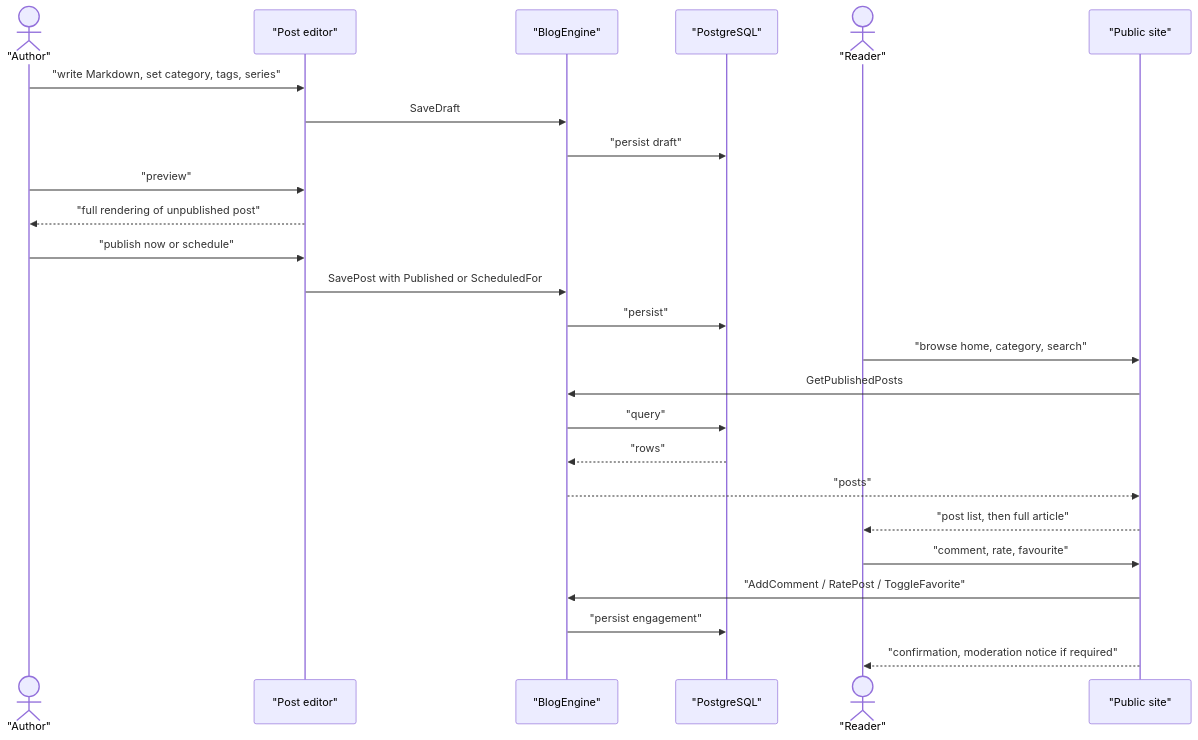
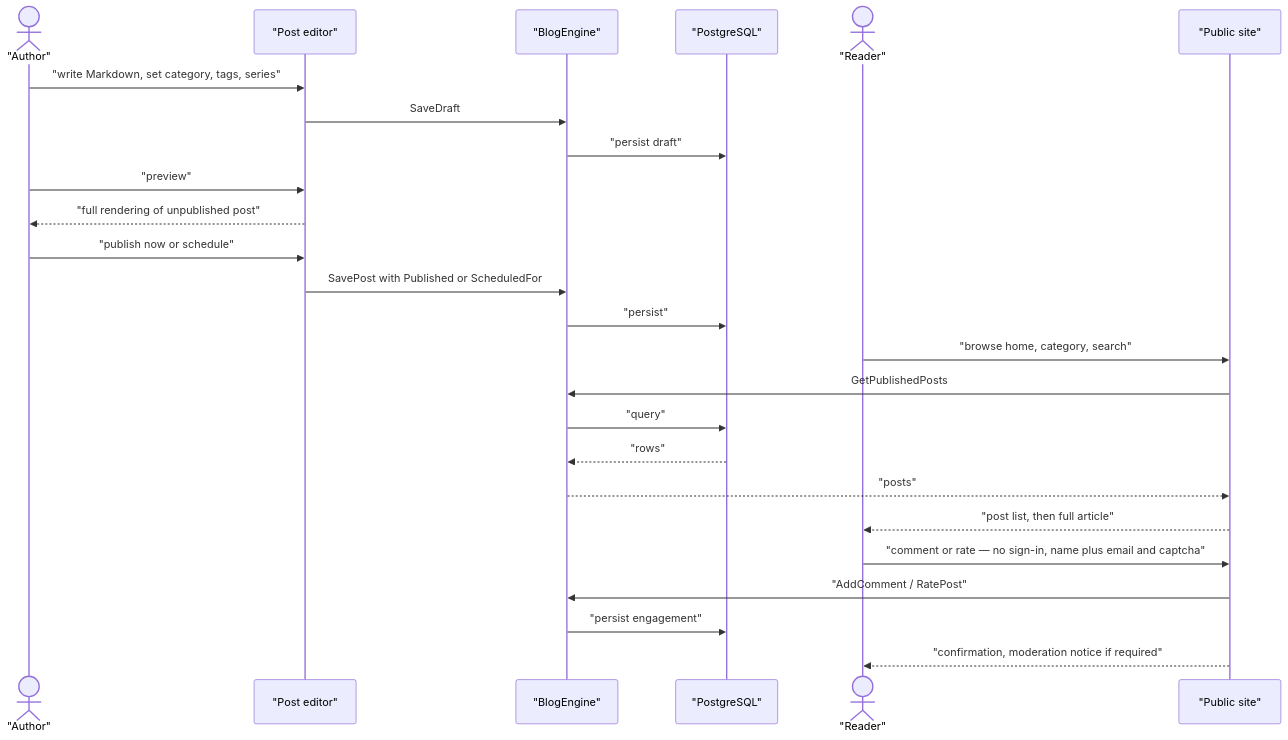
Before and after one commit to techierathore/TechieBlog: the second of 9 diagrams in docs/TechieBlog-BRD.md, drawn with Mermaid. The commit also changed other lines of this file and 110 other files, not shown here.

Commit message:
Updated Deployment Pipeline and streamlines application architecture.

````diff
--- a/docs/TechieBlog-BRD.md
+++ b/docs/TechieBlog-BRD.md
@@ -232,27 +229,27 @@
 ```mermaid
 sequenceDiagram
   actor A as "Author"
   participant E as "Post editor"
   participant S as "BlogEngine"
   participant DB as "PostgreSQL"
   actor R as "Reader"
   participant P as "Public site"
   A->>E: "write Markdown, set category, tags, series"
   E->>S: SaveDraft
   S->>DB: "persist draft"
   A->>E: "preview"
   E-->>A: "full rendering of unpublished post"
   A->>E: "publish now or schedule"
   E->>S: SavePost with Published or ScheduledFor
   S->>DB: "persist"
   R->>P: "browse home, category, search"
   P->>S: GetPublishedPosts
   S->>DB: "query"
   DB-->>S: "rows"
   S-->>P: "posts"
   P-->>R: "post list, then full article"
-  R->>P: "comment, rate, favourite"
-  P->>S: "AddComment / RatePost / ToggleFavorite"
+  R->>P: "comment or rate — no sign-in, name plus email and captcha"
+  P->>S: "AddComment / RatePost"
   S->>DB: "persist engagement"
   P-->>R: "confirmation, moderation notice if required"
 ```
````
